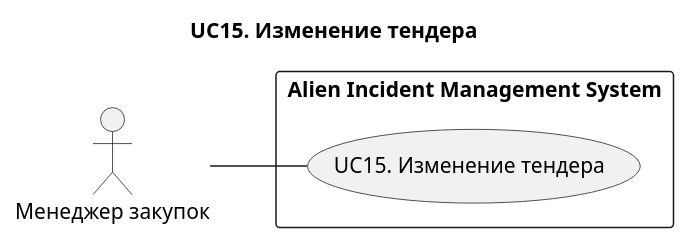
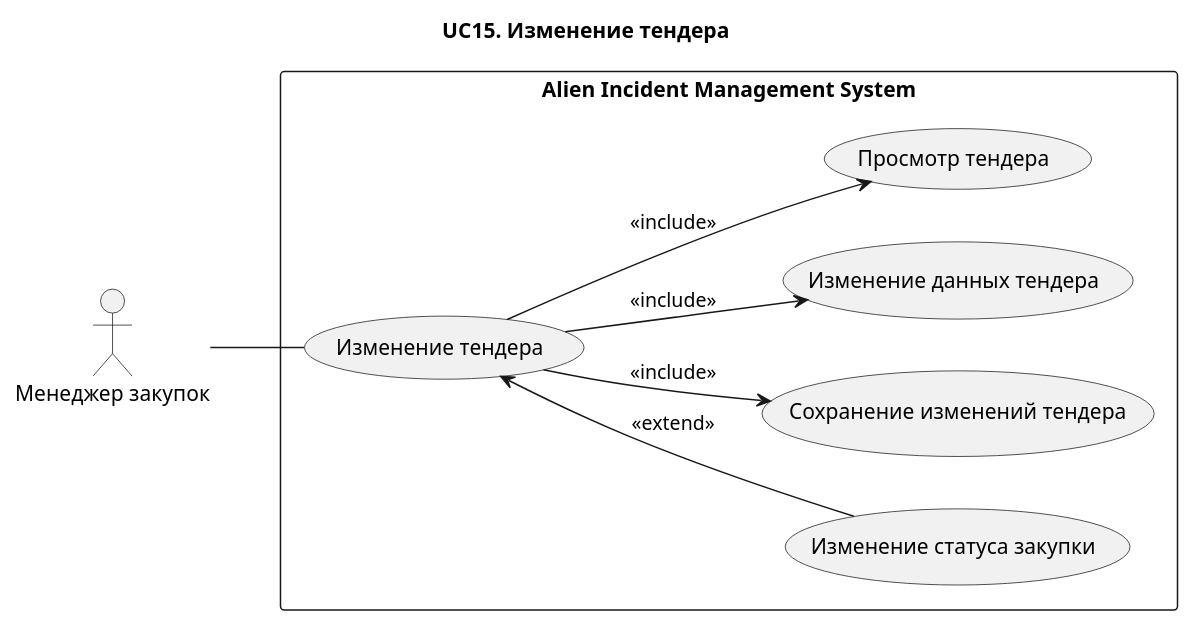
Before and after one commit to Andryss/AIMS: the diagram in docs/use-case/UC15.md, drawn with PlantUML. The commit also changed other lines of this file and 23 other files, not shown here.

Commit message:
docs: refine use-case diagrams and centralize rendering commands

````diff
--- a/docs/use-case/UC15.md
+++ b/docs/use-case/UC15.md
@@ -3,15 +5,27 @@
 ```plantuml
 @startuml
 title UC15. Изменение тендера
 left to right direction
 
 actor "Менеджер закупок" as Procurement
 
 rectangle "Alien Incident Management System" {
-  usecase "UC15. Изменение тендера" as UC15
+
+(Изменение тендера) as UC11
+
+(Изменение статуса закупки) as UC115
+(Сохранение изменений тендера) as UC114
+(Изменение данных тендера) as UC112
+(Просмотр тендера) as UC111
+
 }
 
-Procurement -- UC15
+Procurement -- UC11
+
+UC11 --> UC111 : <<include>>
+UC11 --> UC112 : <<include>>
+UC11 --> UC114 : <<include>>
+UC11 <-- UC115 : <<extend>>
 
 @enduml
 ```
````
